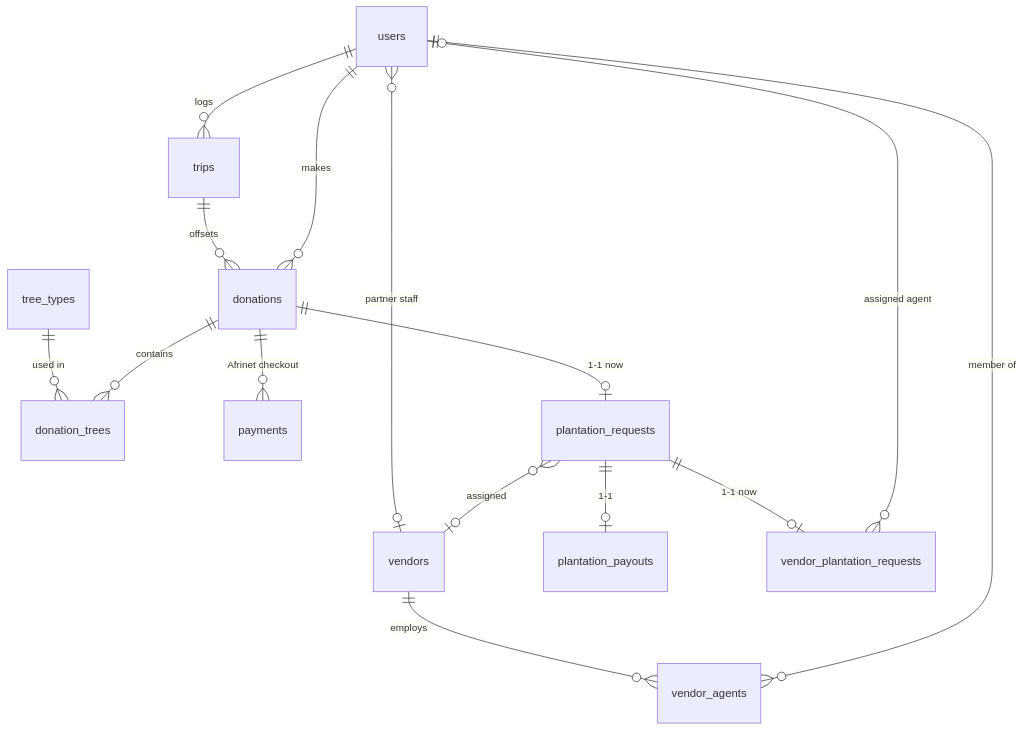
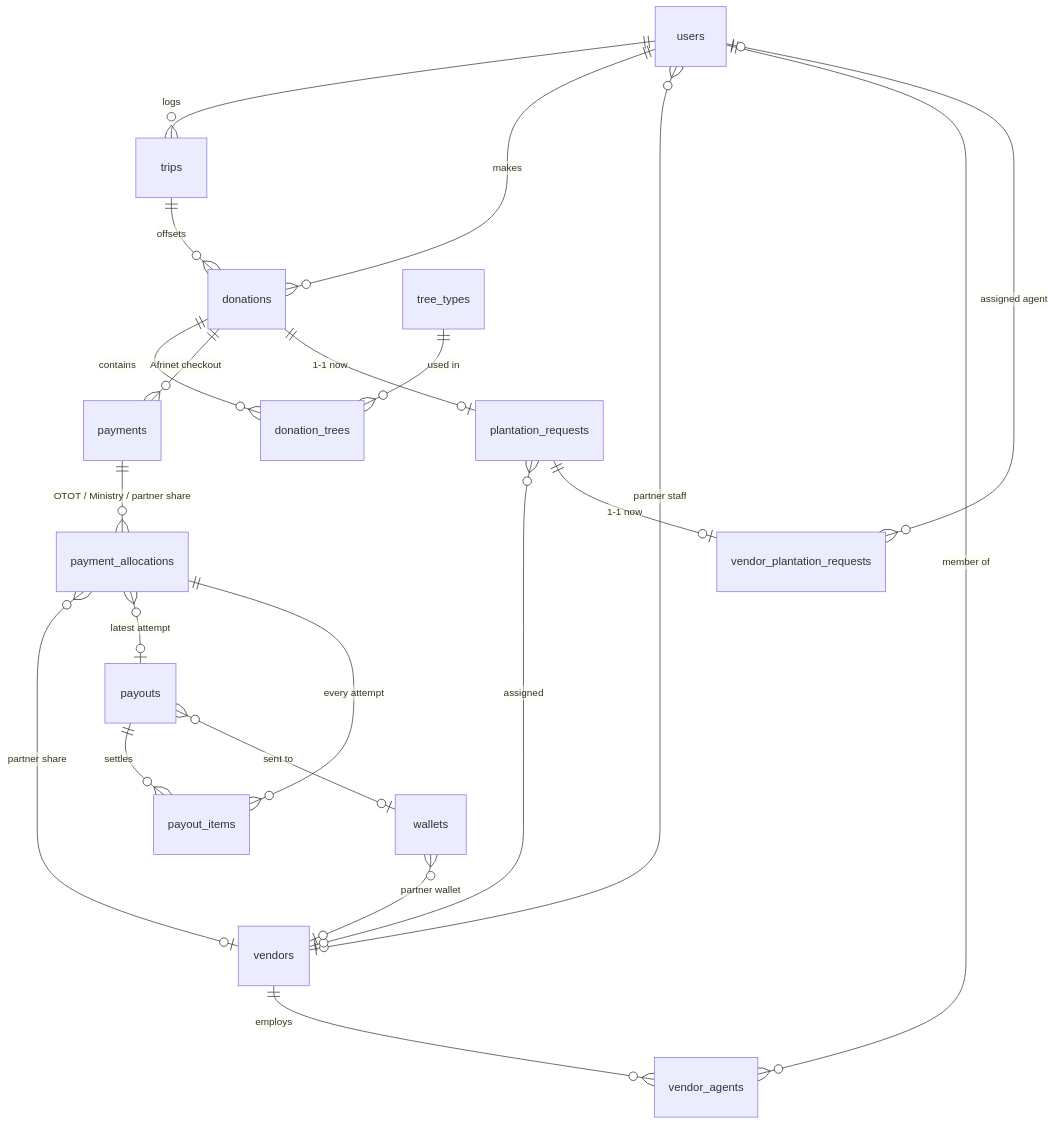
One commit to zerobyfifty-builder/OTOT changed the diagram in DATA_MODEL.md. Above: the diagram before and after it, drawn with Mermaid. The commit also changed other lines of this file and 21 other files, not shown here.

First line of the commit message:
Show each donation's fee split and payout status, and replace the Payouts screen with Wallets.

````diff
--- a/DATA_MODEL.md
+++ b/DATA_MODEL.md
@@ -9,17 +9,23 @@
 ```mermaid
 erDiagram
   users ||--o{ trips : logs
   trips ||--o{ donations : offsets
   users ||--o{ donations : makes
   users }o--o| vendors : "partner staff"
   vendors ||--o{ vendor_agents : employs
   users ||--o{ vendor_agents : "member of"
   tree_types ||--o{ donation_trees : "used in"
   donations ||--o{ donation_trees : contains
   donations ||--o{ payments : "Afrinet checkout"
   donations ||--o| plantation_requests : "1-1 now"
   plantation_requests }o--o| vendors : assigned
-  plantation_requests ||--o| plantation_payouts : "1-1"
+  payments ||--o{ payment_allocations : "OTOT / Ministry / partner share"
+  payment_allocations }o--o| vendors : "partner share"
+  payment_allocations }o--o| payouts : "latest attempt"
+  payouts ||--o{ payout_items : settles
+  payment_allocations ||--o{ payout_items : "every attempt"
+  wallets }o--o| vendors : "partner wallet"
+  payouts }o--o| wallets : "sent to"
   plantation_requests ||--o| vendor_plantation_requests : "1-1 now"
   vendor_plantation_requests }o--o| users : "assigned agent"
 ```
````
